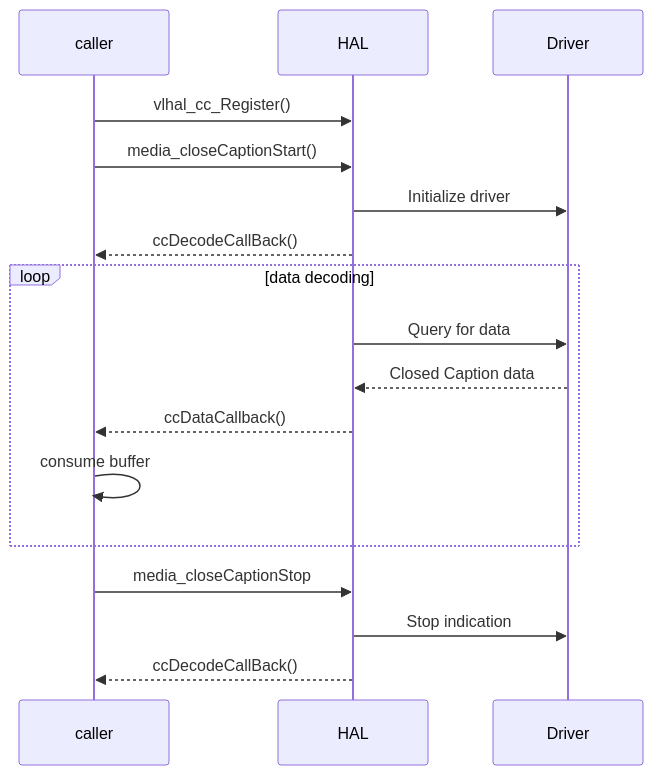
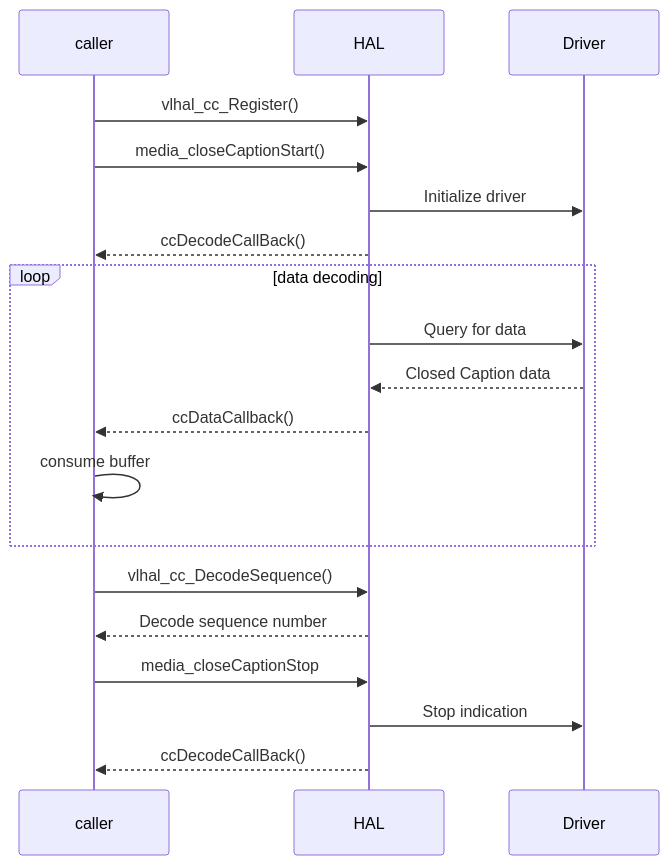
Before and after one commit to rdkcentral/rdk-halif-closed_captions: the second of 2 diagrams in docs/pages/halSpec.md, drawn with Mermaid. The commit also changed other lines of this file, not shown here.

First line of the commit message:
Update halSpec.md

````diff
--- a/docs/pages/halSpec.md
+++ b/docs/pages/halSpec.md
@@ -168,19 +168,21 @@
 ```mermaid
    sequenceDiagram
     participant caller
     participant HAL
     participant Driver
     caller->>HAL: vlhal_cc_Register()
     caller->>HAL:media_closeCaptionStart()
     HAL->>Driver:Initialize driver
     HAL-->> caller : ccDecodeCallBack()
     loop data decoding
         HAL->>Driver : Query for data
         Driver-->>HAL : Closed Caption data
         HAL-->>caller: ccDataCallback()
         caller->>caller:consume buffer
     end
+    caller->> HAL: vlhal_cc_DecodeSequence()
+    HAL-->>caller:Decode sequence number
     caller->>HAL: media_closeCaptionStop
     HAL->>Driver: Stop indication
     HAL-->>caller: ccDecodeCallBack()
  ```
````
